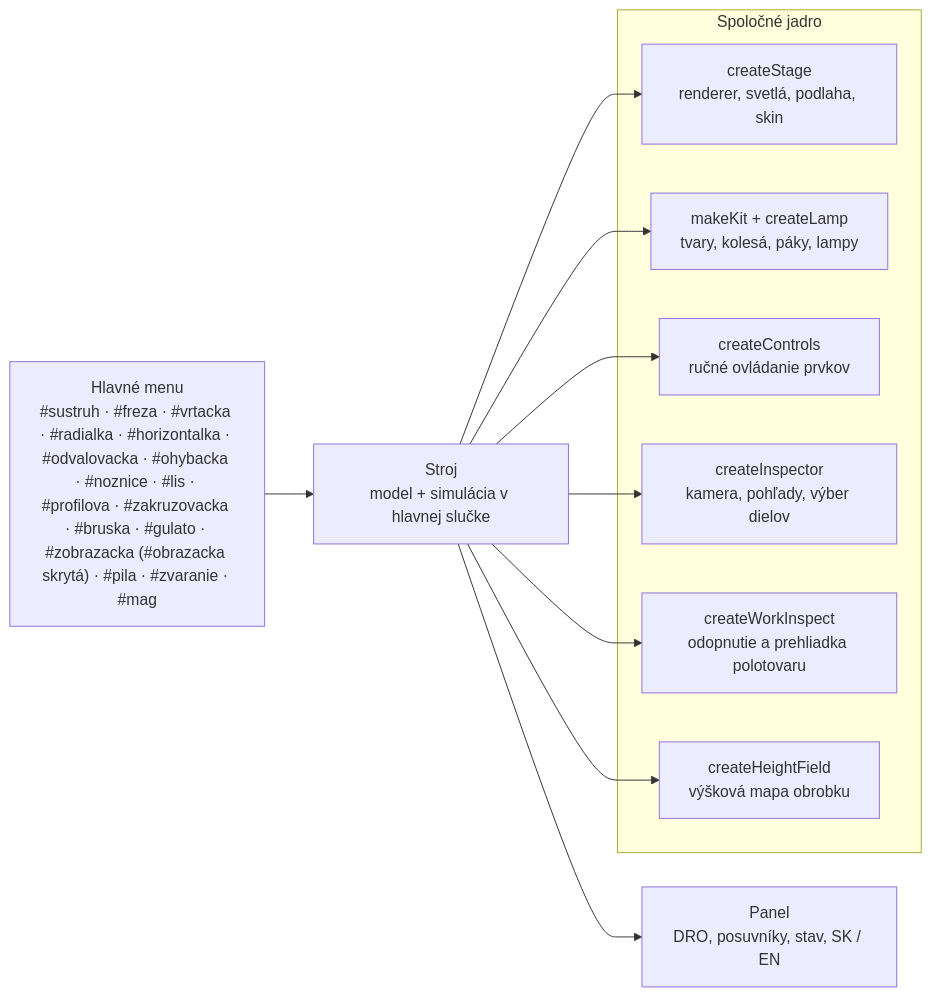
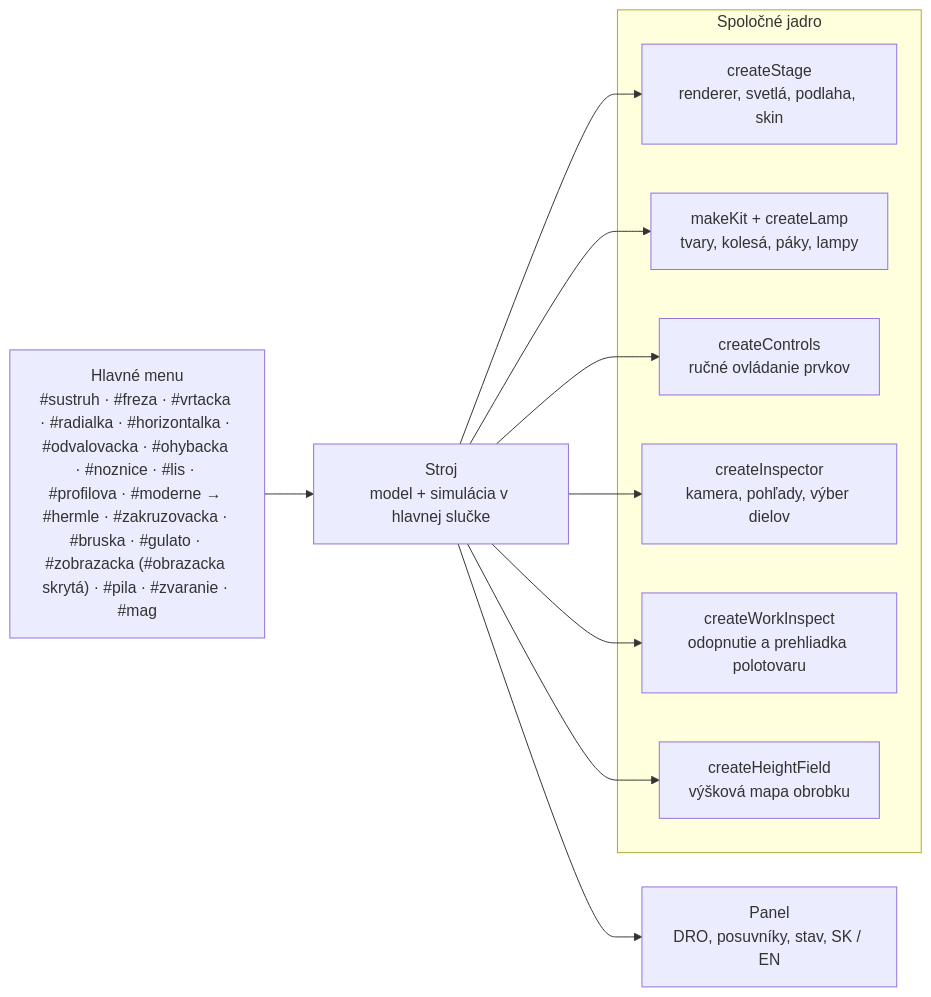
The diagram in README.md (bucala/Real-machine-tools), drawn with Mermaid before and after one commit. The commit also changed other lines of this file and 59 other files, not shown here.

````diff
--- a/README.md
+++ b/README.md
@@ -295,14 +322,14 @@
 ```mermaid
 flowchart LR
-  menu["Hlavné menu<br/>#sustruh · #freza · #vrtacka · #radialka · #horizontalka · #odvalovacka · #ohybacka · #noznice · #lis · #profilova · #zakruzovacka · #bruska · #gulato · #zobrazacka (#obrazacka skrytá) · #pila · #zvaranie · #mag"] --> machine
+  menu["Hlavné menu<br/>#sustruh · #freza · #vrtacka · #radialka · #horizontalka · #odvalovacka · #ohybacka · #noznice · #lis · #profilova · #moderne → #hermle · #zakruzovacka · #bruska · #gulato · #zobrazacka (#obrazacka skrytá) · #pila · #zvaranie · #mag"] --> machine
   subgraph core["Spoločné jadro"]
     stage["createStage<br/>renderer, svetlá, podlaha, skin"]
     kit["makeKit + createLamp<br/>tvary, kolesá, páky, lampy"]
     ctrl["createControls<br/>ručné ovládanie prvkov"]
     insp["createInspector<br/>kamera, pohľady, výber dielov"]
     wi["createWorkInspect<br/>odopnutie a prehliadka polotovaru"]
     hf["createHeightField<br/>výšková mapa obrobku"]
   end
   machine["Stroj<br/>model + simulácia v hlavnej slučke"] --> stage & kit & ctrl & insp & wi & hf
   machine --> panel["Panel<br/>DRO, posuvníky, stav, SK / EN"]
 ```
````
